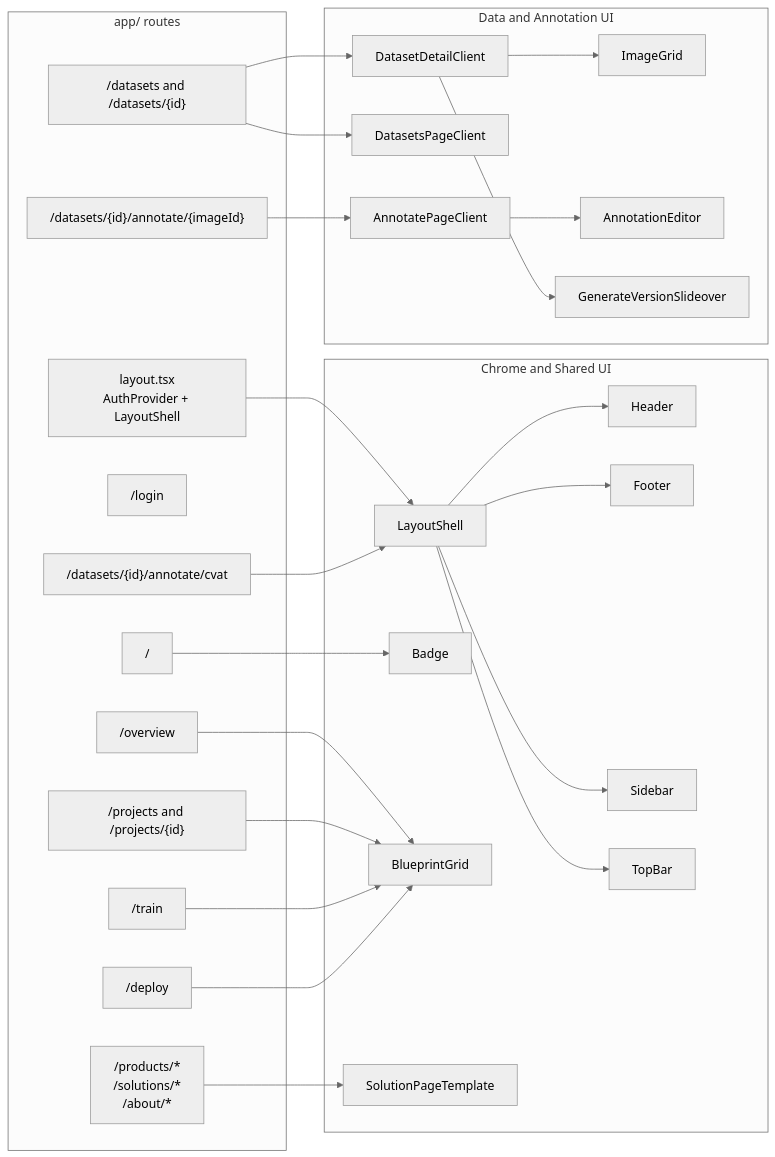
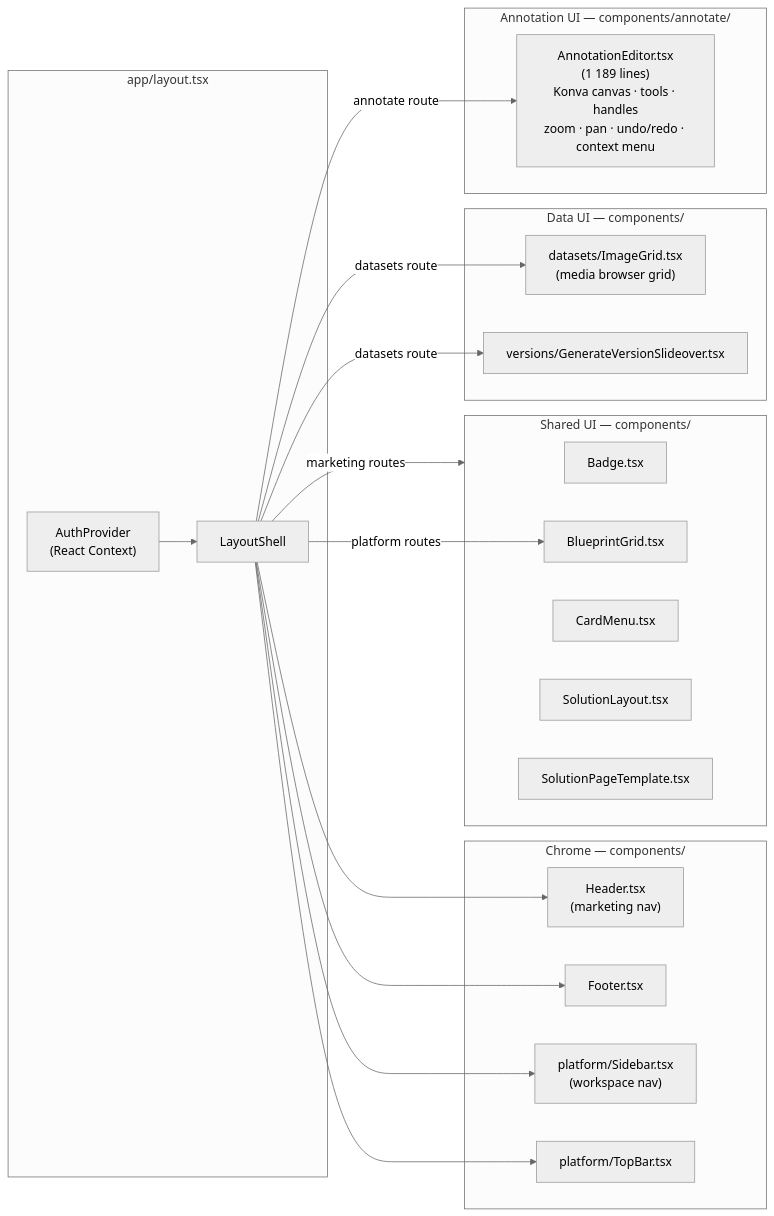
Before and after one commit to the-visiox/visiox-ui: the fourth of 9 diagrams in ARCHITECTURE_DIAGRAMS.md, drawn with Mermaid (neutral theme). The commit also changed other lines of this file and 4 other files, not shown here.

Commit message:
docs: update architecture diagrams and add project documentation

````diff
--- a/ARCHITECTURE_DIAGRAMS.md
+++ b/ARCHITECTURE_DIAGRAMS.md
@@ -139,56 +139,43 @@
 ```mermaid
 flowchart LR
-    subgraph AppRouter[app/ routes]
-        Root["layout.tsx<br/>AuthProvider + LayoutShell"]
-        Home["/"]
-        Marketing["/products/*<br/>/solutions/*<br/>/about/*"]
-        Login["/login"]
-        Overview["/overview"]
-        Projects["/projects and /projects/{id}"]
-        Datasets["/datasets and /datasets/{id}"]
-        AnnotateNative["/datasets/{id}/annotate/{imageId}"]
-        AnnotateCVAT["/datasets/{id}/annotate/cvat"]
-        Train["/train"]
-        Deploy["/deploy"]
+    subgraph Root["app/layout.tsx"]
+        AuthProvider["AuthProvider\n(React Context)"]
+        LS["LayoutShell"]
     end
 
-    subgraph Shell[Chrome and Shared UI]
-        LayoutShell[LayoutShell]
-        Header[Header]
-        Footer[Footer]
-        Sidebar[Sidebar]
-        TopBar[TopBar]
-        Badge[Badge]
-        BlueprintGrid[BlueprintGrid]
-        SolutionTemplate[SolutionPageTemplate]
+    subgraph Chrome["Chrome — components/"]
+        Header["Header.tsx\n(marketing nav)"]
+        Footer["Footer.tsx"]
+        Sidebar["platform/Sidebar.tsx\n(workspace nav)"]
+        TopBar["platform/TopBar.tsx"]
     end
 
-    subgraph DataUI[Data and Annotation UI]
-        DatasetClient[DatasetDetailClient]
-        DatasetsPage[DatasetsPageClient]
-        ImageGrid[ImageGrid]
-        AnnotateClient[AnnotatePageClient]
-        Editor[AnnotationEditor]
-        VersionPanel[GenerateVersionSlideover]
+    subgraph Shared["Shared UI — components/"]
+        Badge["Badge.tsx"]
+        BlueprintGrid["BlueprintGrid.tsx"]
+        CardMenu["CardMenu.tsx"]
+        SolutionLayout["SolutionLayout.tsx"]
+        SolutionTemplate["SolutionPageTemplate.tsx"]
     end
 
-    Root --> LayoutShell
-    LayoutShell --> Header
-    LayoutShell --> Footer
-    LayoutShell --> Sidebar
-    LayoutShell --> TopBar
+    subgraph DataUI["Data UI — components/"]
+        ImageGrid["datasets/ImageGrid.tsx\n(media browser grid)"]
+        VersionPanel["versions/GenerateVersionSlideover.tsx"]
+    end
 
-    Home --> Badge
-    Marketing --> SolutionTemplate
-    Overview --> BlueprintGrid
-    Projects --> BlueprintGrid
-    Datasets --> DatasetsPage
-    Datasets --> DatasetClient
-    DatasetClient --> ImageGrid
-    DatasetClient --> VersionPanel
-    AnnotateNative --> AnnotateClient
-    AnnotateClient --> Editor
-    AnnotateCVAT --> LayoutShell
-    Train --> BlueprintGrid
-    Deploy --> BlueprintGrid
+    subgraph AnnotateUI["Annotation UI — components/annotate/"]
+        Editor["AnnotationEditor.tsx\n(1 189 lines)\nKonva canvas · tools · handles\nzoom · pan · undo/redo · context menu"]
+    end
+
+    AuthProvider --> LS
+    LS --> Header
+    LS --> Footer
+    LS --> Sidebar
+    LS --> TopBar
+
+    LS -->|marketing routes| Shared
+    LS -->|platform routes| BlueprintGrid
+    LS -->|datasets route| ImageGrid
+    LS -->|datasets route| VersionPanel
+    LS -->|annotate route| Editor
 ```
````
